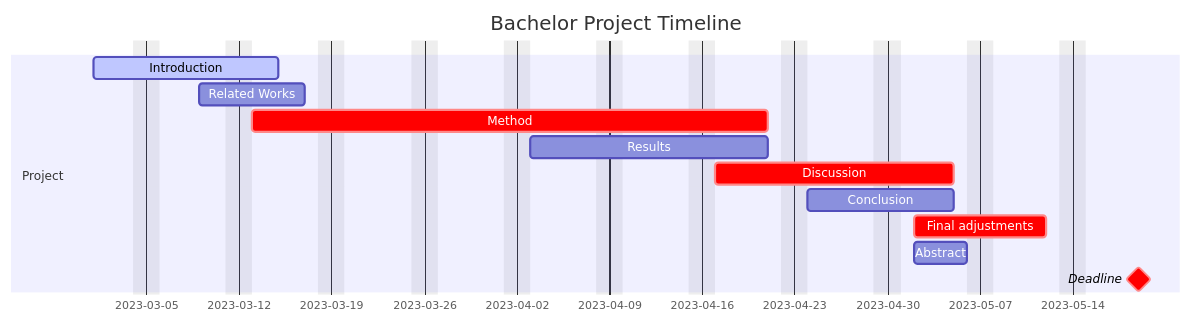
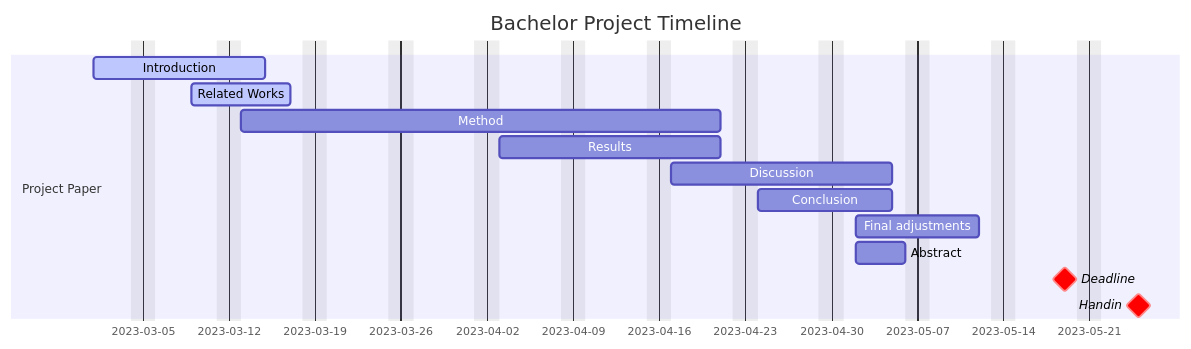
Before and after one commit to AAU-Dat/P6-good-description-for-graphs: the first of 2 diagrams in README.md, drawn with Mermaid.

Commit message:
Update README.md
Update the gantt chart

````diff
--- a/README.md
+++ b/README.md
@@ -21,17 +21,18 @@
 ```mermaid
 gantt
     title Bachelor Project Timeline
     dateFormat  YYYY-MM-DD
     excludes weekends
     
-    section Project
+    section Project Paper
     Introduction: active, 2023-03-01, 2023-03-15
-    Related Works : 2023-03-09, 2023-03-17
-    Method : crit, 2023-03-13, 2023-04-21
+    Related Works : active, 2023-03-09, 2023-03-17
+    Method : 2023-03-13, 2023-04-21
     Results : 2023-04-03, 2023-04-21
-    Discussion : crit, 2023-04-17, 2023-05-05
+    Discussion : 2023-04-17, 2023-05-05
     Conclusion : 2023-04-24, 2023-05-05
-	Final adjustments : crit, 2023-05-02, 2023-05-12
-	Abstract: 2023-05-02, 2023-05-06
-	Deadline: crit, milestone, 2023-05-19, 0d
+    Final adjustments : 2023-05-02, 2023-05-12
+    Abstract: 2023-05-02, 2023-05-06
+    Deadline: crit, milestone, 2023-05-19, 0d
+    Handin: crit, milestone, 2023-05-25, 0d
 ```
````
